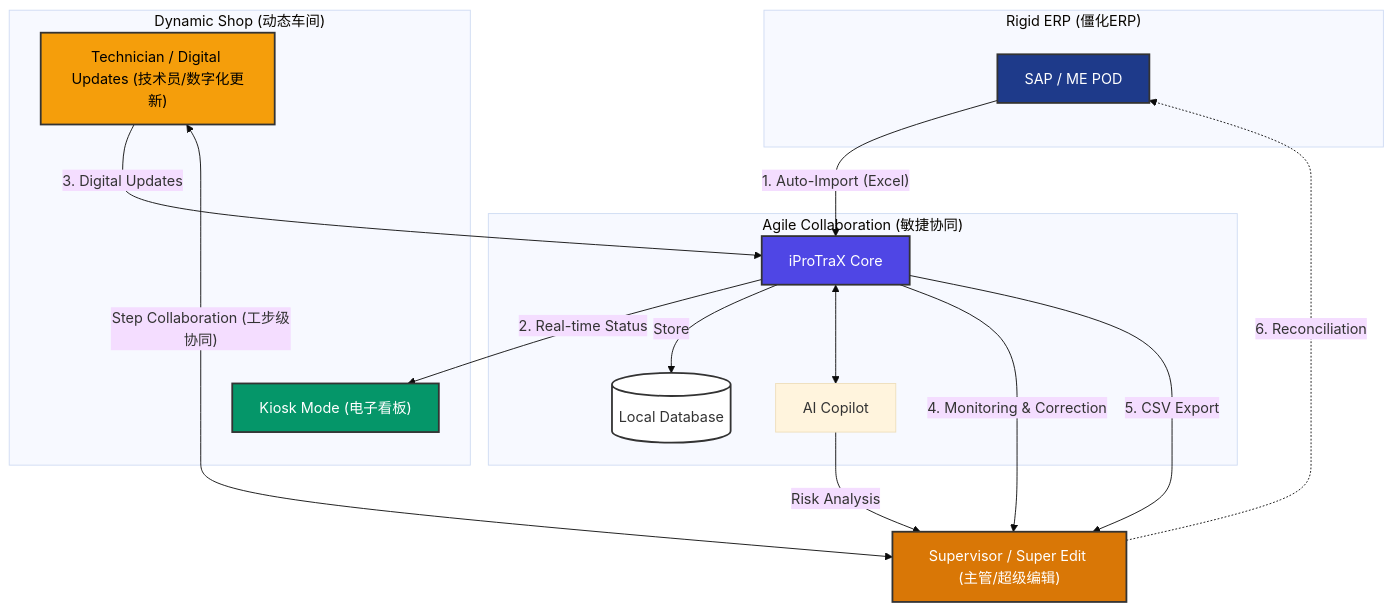
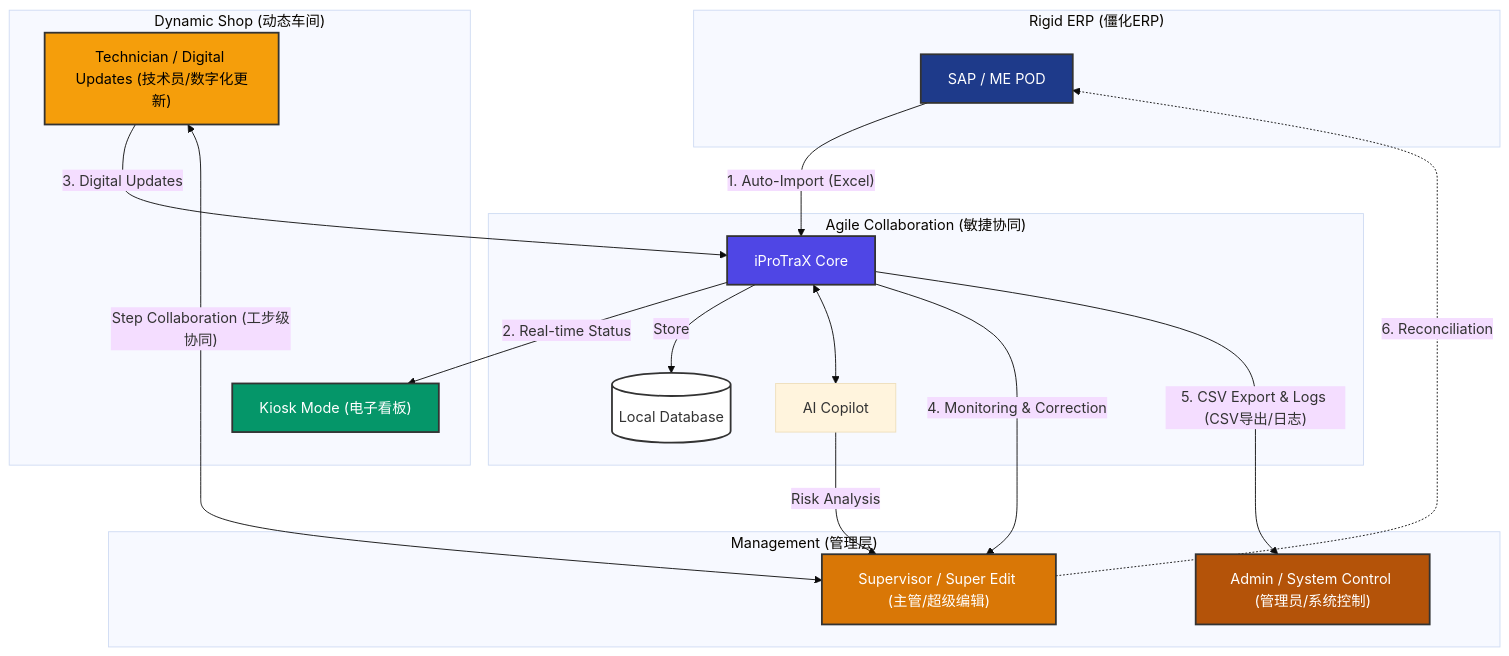
Before and after one commit to Tropical8818/ProTracker: the diagram in README_ZH.md, drawn with Mermaid (base theme). The commit also changed 1 other file, not shown here.

Commit message:
docs: refine architecture diagram with Admin role and clearer role separation

````diff
--- a/README_ZH.md
+++ b/README_ZH.md
@@ -41,46 +41,51 @@
 ```mermaid
 graph TD
     subgraph RigidERP ["Rigid ERP (僵化ERP)"]
         SAP[SAP / ME POD]
     end
 
     subgraph DynamicShop ["Dynamic Shop (动态车间)"]
         Tech["Technician / Digital Updates (技术员/数字化更新)"]
         Kiosk["Kiosk Mode (电子看板)"]
     end
 
     subgraph AgileCollaboration ["Agile Collaboration (敏捷协同)"]
         Core[iProTraX Core]
         DB[(Local Database)]
         AI[AI Copilot]
     end
 
-    Supervisor["Supervisor / Super Edit (主管/超级编辑)"]
+    subgraph Management ["Management (管理层)"]
+        Supervisor["Supervisor / Super Edit (主管/超级编辑)"]
+        Admin["Admin / System Control (管理员/系统控制)"]
+    end
 
     %% Connections
     SAP -->|"1. Auto-Import (Excel)"| Core
     Core -->|"2. Real-time Status"| Kiosk
     Tech -->|"3. Digital Updates"| Core
     Core -->|"Store"| DB
     Core <--> AI
     AI -->|"Risk Analysis"| Supervisor
     Core -->|"4. Monitoring & Correction"| Supervisor
-    Core -->|"5. CSV Export"| Supervisor
+    Core -->|"5. CSV Export & Logs (CSV导出/日志)"| Admin
     Supervisor -.->|"6. Reconciliation"| SAP
     Tech <-->|"Step Collaboration (工步级协同)"| Supervisor
 
     %% Styling
     classDef sap fill:#1e3a8a,stroke:#333,stroke-width:2px,color:white;
     classDef core fill:#4f46e5,stroke:#333,stroke-width:2px,color:white;
     classDef kiosk fill:#059669,stroke:#333,stroke-width:2px,color:white;
     classDef super fill:#d97706,stroke:#333,stroke-width:2px,color:white;
+    classDef admin fill:#b45309,stroke:#333,stroke-width:2px,color:white;
     classDef db fill:#fff,stroke:#333,stroke-width:2px;
     classDef shop fill:#f59e0b,stroke:#333,stroke-width:2px,color:black;
 
     class SAP sap;
     class Core core;
     class Kiosk kiosk;
     class Supervisor super;
+    class Admin admin;
     class DB db;
     class Tech shop;
 ```
````
